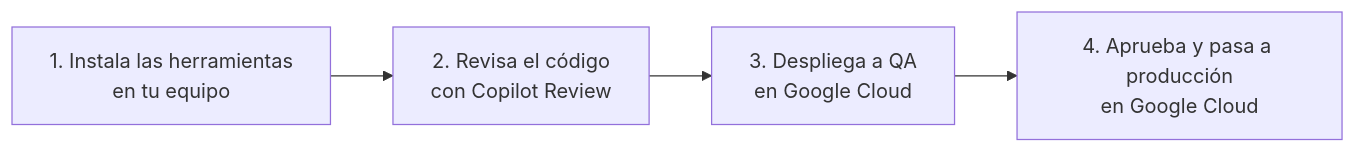
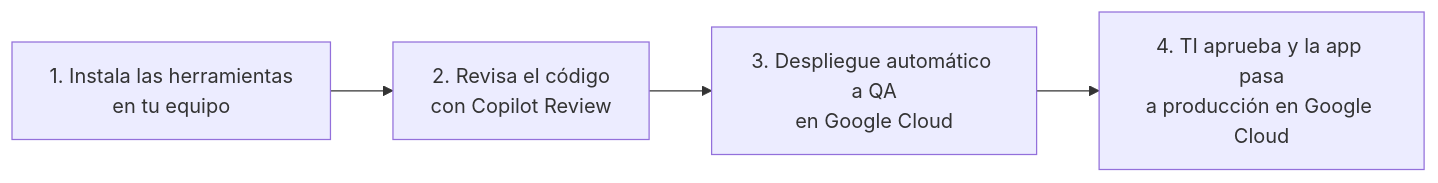
One commit to 888Leonidas888/app_template_fullstack changed the diagram in docs/presentacion-flujo-ia.md. Above: the diagram before and after it, drawn with Mermaid. The commit also changed other lines of this file and 2 other files, not shown here.

````diff
--- a/docs/presentacion-flujo-ia.md
+++ b/docs/presentacion-flujo-ia.md
@@ -3,6 +5,6 @@
 ```mermaid
 flowchart LR
     A["1. Instala las herramientas<br/>en tu equipo"] --> B["2. Revisa el código<br/>con Copilot Review"]
-    B --> C["3. Despliega a QA<br/>en Google Cloud"]
-    C --> D["4. Aprueba y pasa a producción<br/>en Google Cloud"]
+    B --> C["3. Despliegue automático a QA<br/>en Google Cloud"]
+    C --> D["4. TI aprueba y la app pasa<br/>a producción en Google Cloud"]
 ```
````
